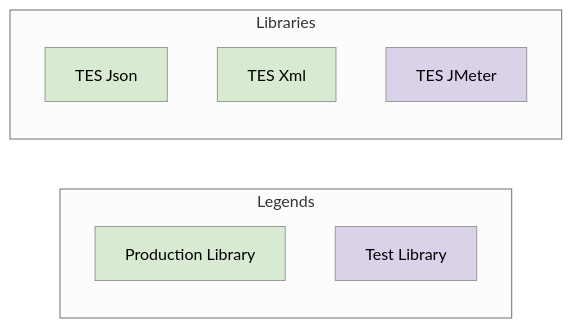
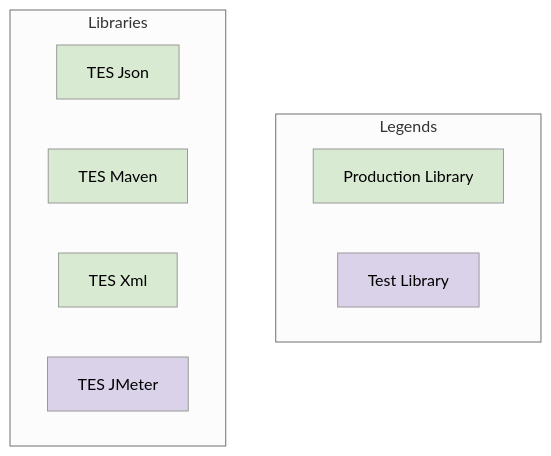
Before and after one commit to sunepoulsen/tes-foundation: the diagram in doc/README.md, drawn with Mermaid (neutral theme). The commit also changed other lines of this file and 18 other files, not shown here.

Commit message:
TES-120: Add `tes-maven` to this monolith.

````diff
--- a/doc/README.md
+++ b/doc/README.md
@@ -18,16 +19,18 @@
 ```mermaid
-flowchart LR
+flowchart
     subgraph "Legends"
         legProdLib["Production Library"]:::prodLibrary
         legTestLib["Test Library"]:::testLibrary
     end
 
     subgraph "Libraries"
         tesJson["TES Json"]:::prodLibrary
+        tesMaven["TES Maven"]:::prodLibrary
         tesXml["TES Xml"]:::prodLibrary
+        
         tesJMeter["TES JMeter"]:::testLibrary
     end
 
     classDef prodLibrary fill:#d9ead3,color:#000
     classDef testLibrary fill:#d9d2e9,color:#000
 ```
````
